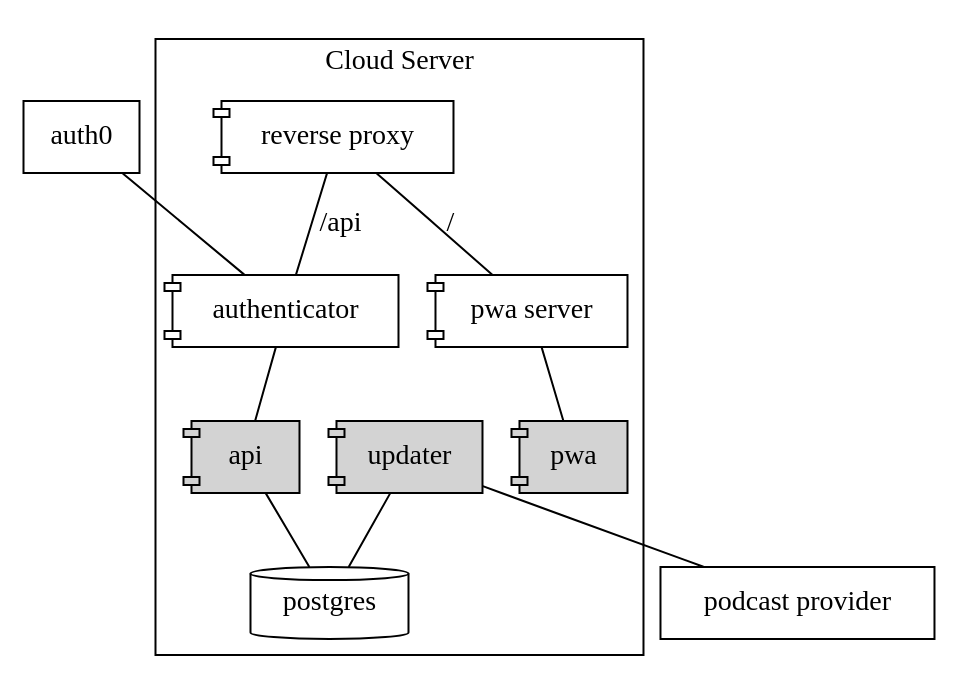
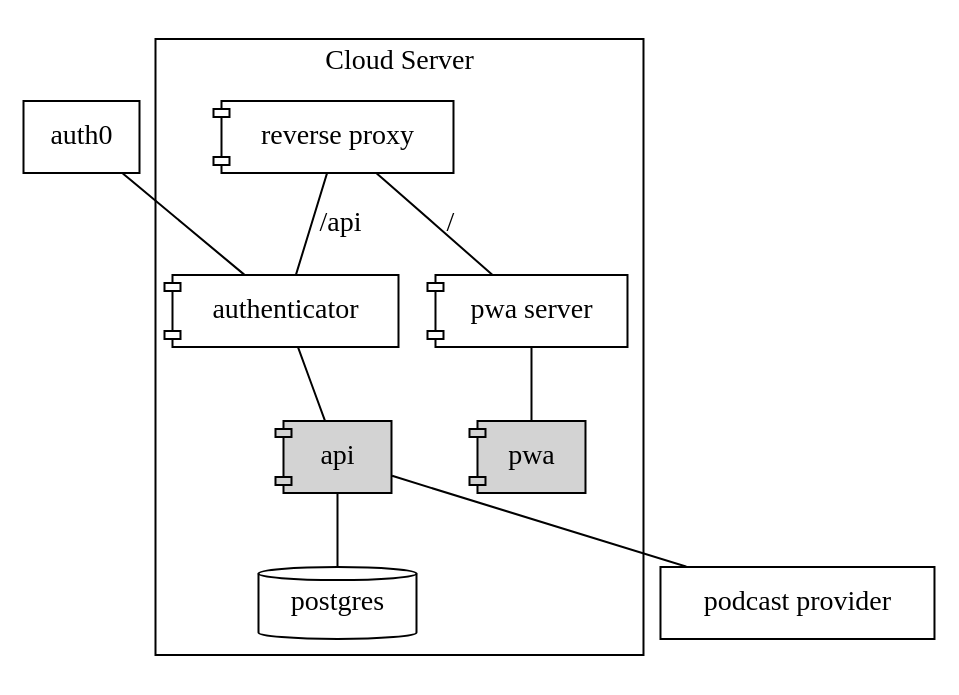
The diagram in documentation/src/deployment.dot (hannes-hochreiner/podcast-player), drawn with Graphviz before and after one commit. The commit also changed 5 other files, not shown here.

```diff
--- a/documentation/src/deployment.dot
+++ b/documentation/src/deployment.dot
@@ -1,25 +1,24 @@
 graph components {
 
   auth0 [shape=box];
 
   subgraph cluster_cloud {
     label="Cloud Server";
     proxy [label="reverse proxy", shape=component];
     auth [label="authenticator", shape=component];
     pwa_server [label="pwa server", shape=component];
     pwa [shape=component, fillcolor=lightgrey, style=filled];
     api [shape=component, fillcolor=lightgrey, style=filled];
-    updater [shape=component, fillcolor=lightgrey, style=filled];
     postgres [shape=cylinder];
   }
 
   provider [label="podcast provider", shape=box];
 
   proxy -- auth [label="/api"];
   auth -- api;
-  {api, updater} -- postgres;
+  api -- postgres;
   proxy -- pwa_server [label="/"];
   pwa_server -- pwa;
   auth0 -- auth;
-  updater -- provider;
+  api -- provider;
 }
```
